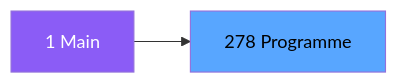
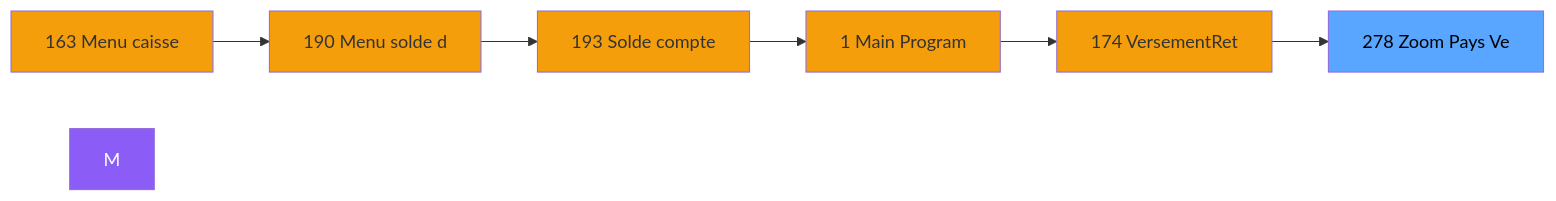
The second of 3 diagrams in .openspec/specs/ADH-IDE-278.md (thonyAGP/magic-migration), drawn with Mermaid before and after one commit. The commit also changed other lines of this file and 323 other files, not shown here.

````diff
--- a/.openspec/specs/ADH-IDE-278.md
+++ b/.openspec/specs/ADH-IDE-278.md
@@ -98,8 +110,21 @@
 ```mermaid
 graph LR
-    M[1 Main]
-    T[278 Programme]
-    M --> T
+    N163[163 Menu caisse ]
+    N190[190 Menu solde d]
+    N193[193 Solde compte]
+    N1[1 Main Program]
+    N174[174 VersementRet]
+    T[278 Zoom Pays Ve]
+    N163 --> N190
+    N190 --> N193
+    N193 --> N1
+    N1 --> N174
+    N174 --> T
     style M fill:#8b5cf6,color:#fff
+    style N163 fill:#f59e0b
+    style N190 fill:#f59e0b
+    style N193 fill:#f59e0b
+    style N1 fill:#f59e0b
+    style N174 fill:#f59e0b
     style T fill:#58a6ff,color:#000
 ```
````
